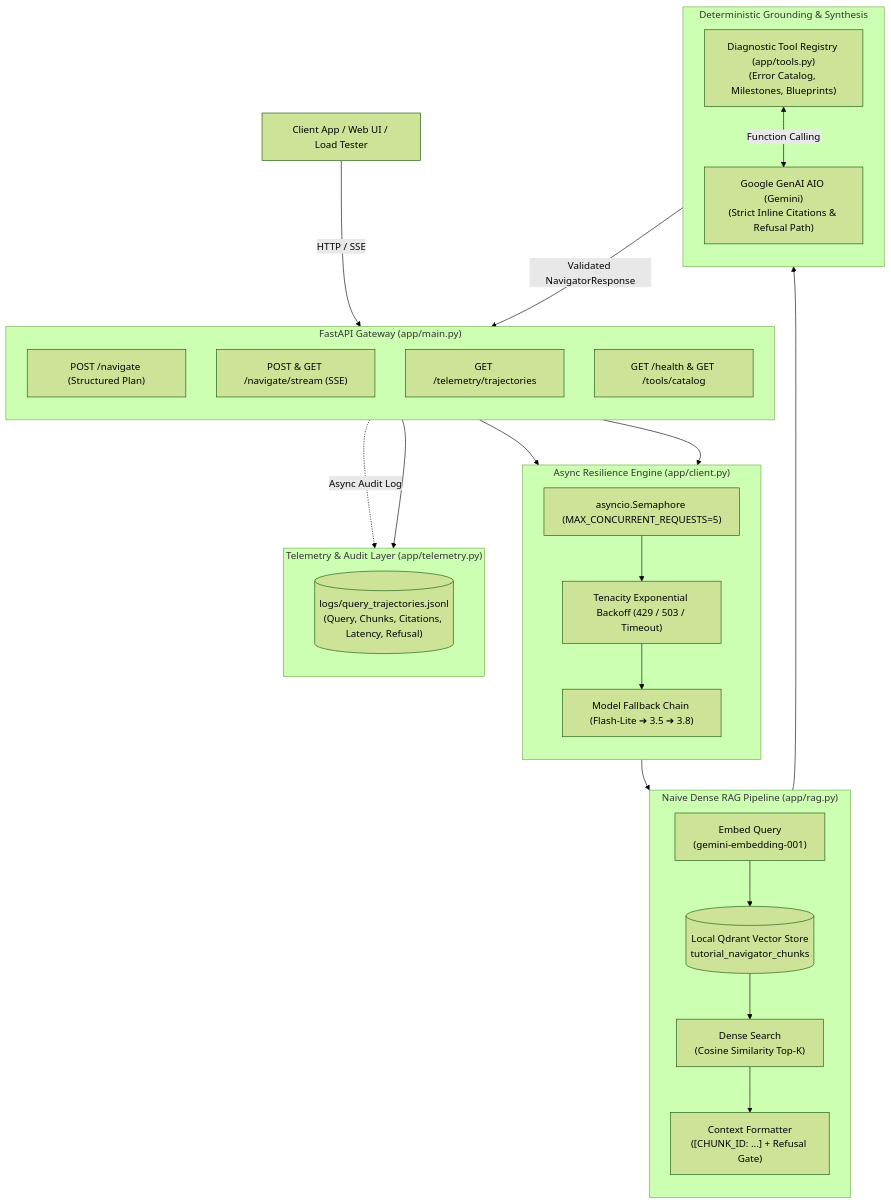
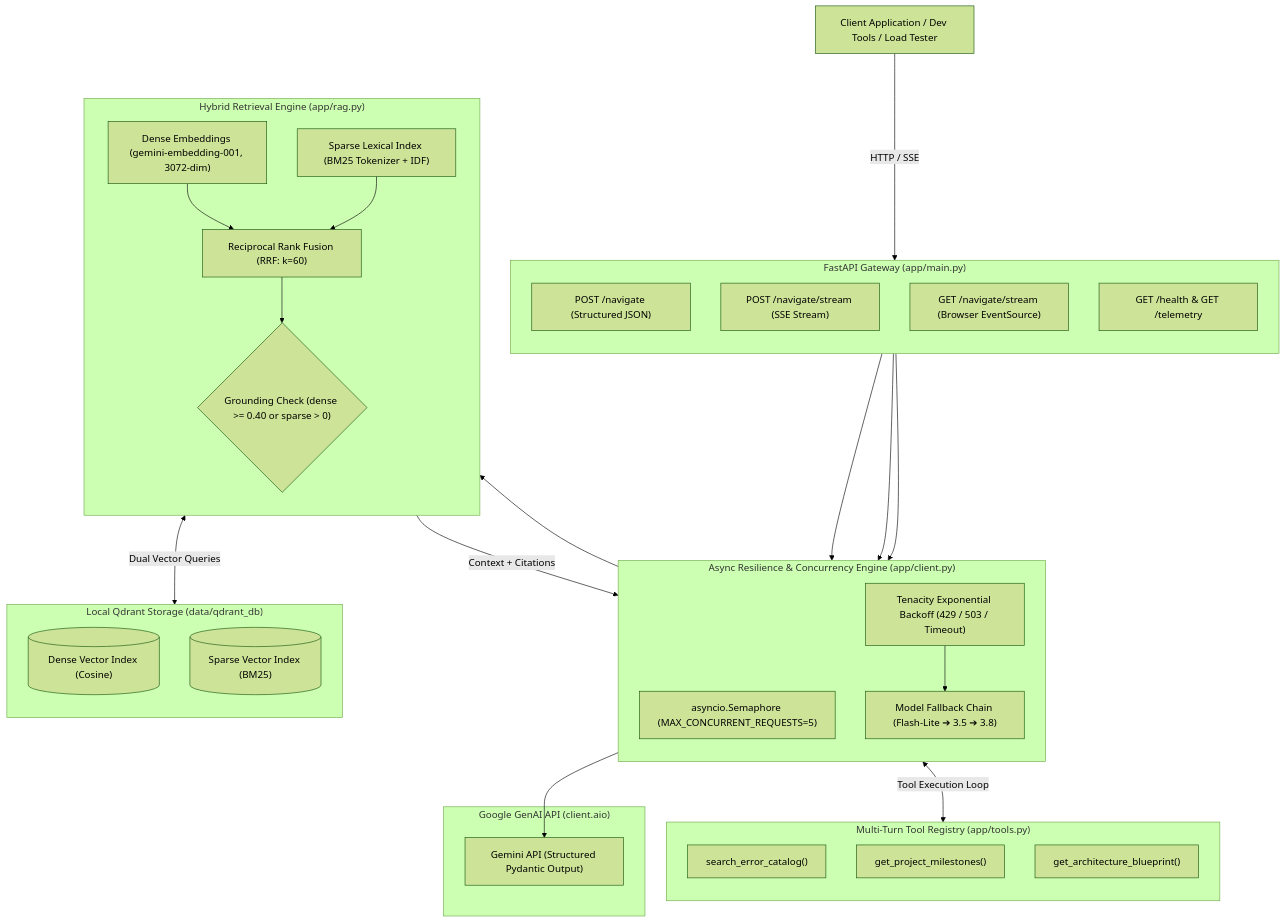
The diagram in README.md (k-nikhil-coder/tutorial-hell-navigator), drawn with Mermaid (forest theme) before and after one commit. The commit also changed other lines of this file and 10 other files, not shown here.

Commit message:
feat(day-36): implement hybrid search with BM25, RRF fusion, and hardened retrieval benchmark (+8.7% Recall@3 lift)

````diff
--- a/README.md
+++ b/README.md
@@ -48,50 +50,58 @@
 ```mermaid
 flowchart TD
-    Client["Client App / Web UI / Load Tester"]
+    Client["Client Application / Dev Tools / Load Tester"]
 
     subgraph FastAPI["FastAPI Gateway (app/main.py)"]
         direction TB
-        Navigate["POST /navigate (Structured Plan)"]
-        Stream["POST & GET /navigate/stream (SSE)"]
-        Telemetry["GET /telemetry/trajectories"]
-        Health["GET /health & GET /tools/catalog"]
+        Navigate["POST /navigate (Structured JSON)"]
+        StreamPost["POST /navigate/stream (SSE Stream)"]
+        StreamGet["GET /navigate/stream (Browser EventSource)"]
+        Health["GET /health & GET /telemetry"]
     end
 
-    subgraph Engine["Async Resilience Engine (app/client.py)"]
+    subgraph Engine["Async Resilience & Concurrency Engine (app/client.py)"]
         direction TB
         Sem["asyncio.Semaphore (MAX_CONCURRENT_REQUESTS=5)"]
         Retry["Tenacity Exponential Backoff (429 / 503 / Timeout)"]
         Fallback["Model Fallback Chain (Flash-Lite ➔ 3.5 ➔ 3.8)"]
-        Sem --> Retry --> Fallback
     end
 
-    subgraph RAG["Naive Dense RAG Pipeline (app/rag.py)"]
+    subgraph RAGEngine["Hybrid Retrieval Engine (app/rag.py)"]
         direction TB
-        EmbedQuery["Embed Query\n(gemini-embedding-001)"]
-        Qdrant[("Local Qdrant Vector Store\ntutorial_navigator_chunks")]
-        TopK["Dense Search\n(Cosine Similarity Top-K)"]
-        Context["Context Formatter\n([CHUNK_ID: ...] + Refusal Gate)"]
-        EmbedQuery --> Qdrant --> TopK --> Context
+        DenseSearch["Dense Embeddings (gemini-embedding-001, 3072-dim)"]
+        BM25Search["Sparse Lexical Index (BM25 Tokenizer + IDF)"]
+        RRF["Reciprocal Rank Fusion (RRF: k=60)"]
+        GroundCheck{"Grounding Check (dense >= 0.40 or sparse > 0)"}
+        DenseSearch --> RRF
+        BM25Search --> RRF
+        RRF --> GroundCheck
     end
 
-    subgraph Grounding["Deterministic Grounding & Synthesis"]
+    subgraph VectorDB["Local Qdrant Storage (data/qdrant_db)"]
         direction TB
-        Tools["Diagnostic Tool Registry (app/tools.py)\n(Error Catalog, Milestones, Blueprints)"]
-        Gemini["Google GenAI AIO (Gemini)\n(Strict Inline Citations & Refusal Path)"]
-        Tools <-->|Function Calling| Gemini
+        DenseIdx[("Dense Vector Index (Cosine)")]
+        SparseIdx[("Sparse Vector Index (BM25)")]
     end
 
-    subgraph TelemetryLayer["Telemetry & Audit Layer (app/telemetry.py)"]
+    subgraph Tools["Multi-Turn Tool Registry (app/tools.py)"]
         direction TB
-        LogFile[("logs/query_trajectories.jsonl\n(Query, Chunks, Citations, Latency, Refusal)")]
+        ErrCatalog["search_error_catalog()"]
+        Milestones["get_project_milestones()"]
+        Blueprints["get_architecture_blueprint()"]
+    end
+
+    subgraph Provider["Google GenAI API (client.aio)"]
+        Gemini["Gemini API (Structured Pydantic Output)"]
     end
 
     Client -->|HTTP / SSE| FastAPI
     Navigate --> Sem
-    Stream --> Sem
-    Fallback --> EmbedQuery
-    Context --> Gemini
-    Gemini -->|Validated NavigatorResponse| Navigate
-    Navigate -.->|Async Audit Log| LogFile
-    Telemetry --> LogFile
+    StreamPost --> Sem
+    StreamGet --> Sem
+    Sem --> RAGEngine
+    RAGEngine <-->|Dual Vector Queries| VectorDB
+    GroundCheck -->|Context + Citations| Retry
+    Retry --> Fallback
+    Fallback <-->|Tool Execution Loop| Tools
+    Fallback --> Gemini
 ```
````
